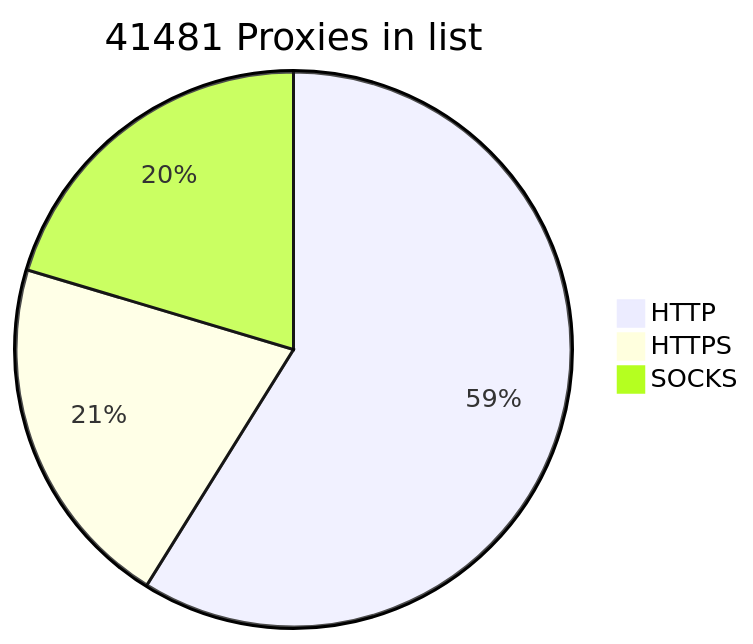
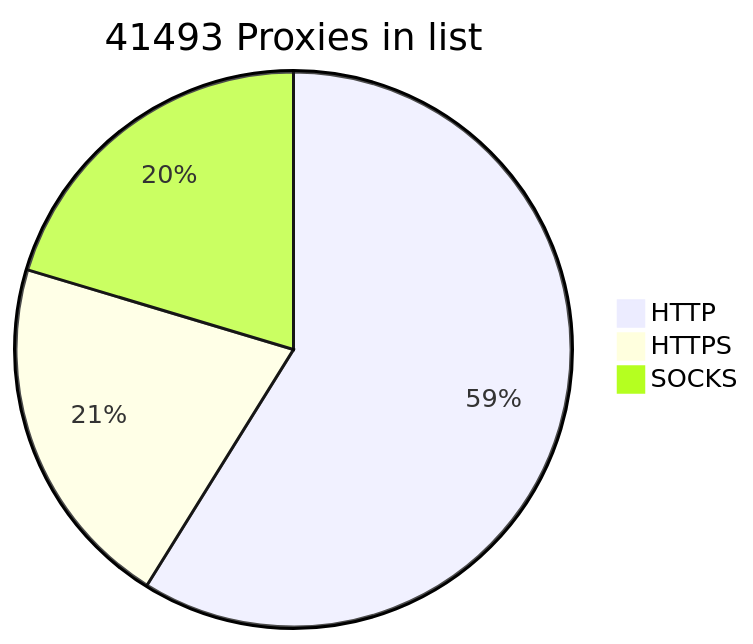
One commit to BlackSnowDot/proxylist-update-every-minute changed the diagram in README.md. Above: the diagram before and after it, drawn with Mermaid. The commit also changed other lines of this file, not shown here.

````diff
--- a/README.md
+++ b/README.md
@@ -2,6 +2,6 @@
 ```mermaid
-pie title 41481 Proxies in list
-    "HTTP" : 28321
-    "HTTPS": 9990
+pie title 41493 Proxies in list
+    "HTTP" : 28333
+    "HTTPS": 10005
     "SOCKS" : 9805
 ```
````
